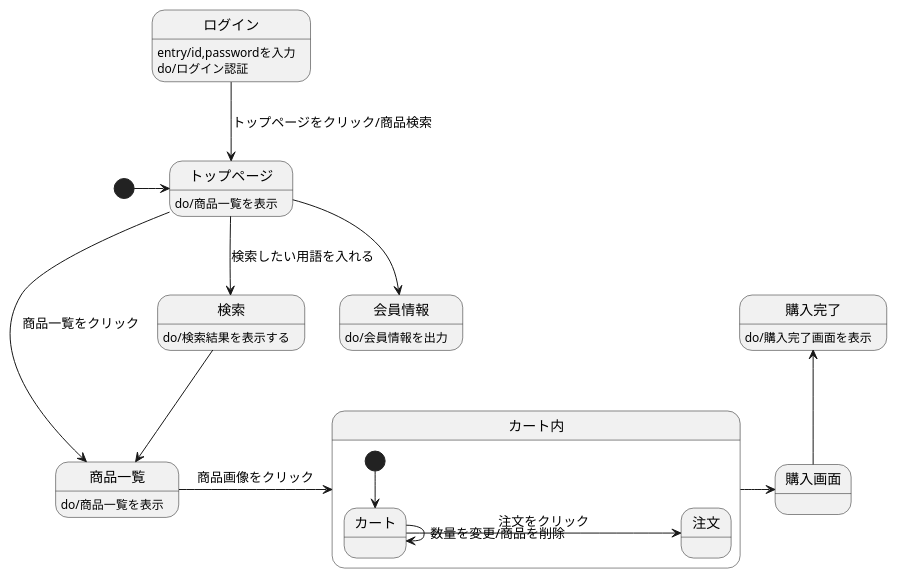
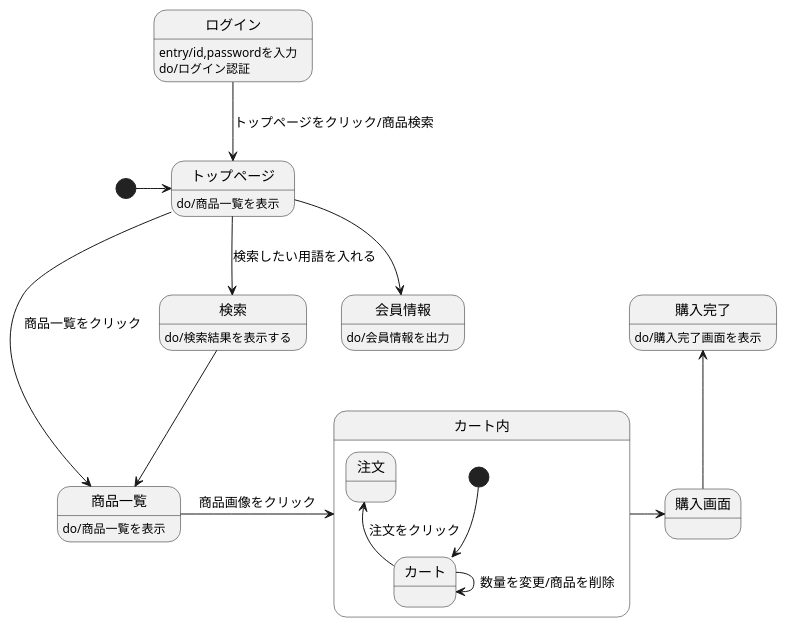
One commit to Aso2001224/2021sys-design changed the diagram in 画面遷移図(original).md. Above: the diagram before and after it, drawn with PlantUML.

````diff
--- a/画面遷移図(original).md
+++ b/画面遷移図(original).md
@@ -1,25 +1,25 @@
 ```uml
 @startuml
 [*]->トップページ
 トップページ:do/商品一覧を表示
 ログイン-->トップページ:トップページをクリック/商品検索
 ログイン:entry/id,passwordを入力
 ログイン:do/ログイン認証
 トップページ-->会員情報
 会員情報:do/会員情報を出力
 トップページ-->検索 :検索したい用語を入れる
 検索:do/検索結果を表示する
 トップページ-->商品一覧 :商品一覧をクリック
 検索-->商品一覧
 商品一覧:do/商品一覧を表示
 商品一覧-right->カート内: 商品画像をクリック
 カート内-right-> 購入画面
 購入画面-up->購入完了
 購入完了:do/購入完了画面を表示
 
 state カート内{
 [*]--> カート
-カート-> 注文: 注文をクリック
+カート-up-> 注文: 注文をクリック
 カート->カート: 数量を変更/商品を削除
 @enduml
 ```
````
